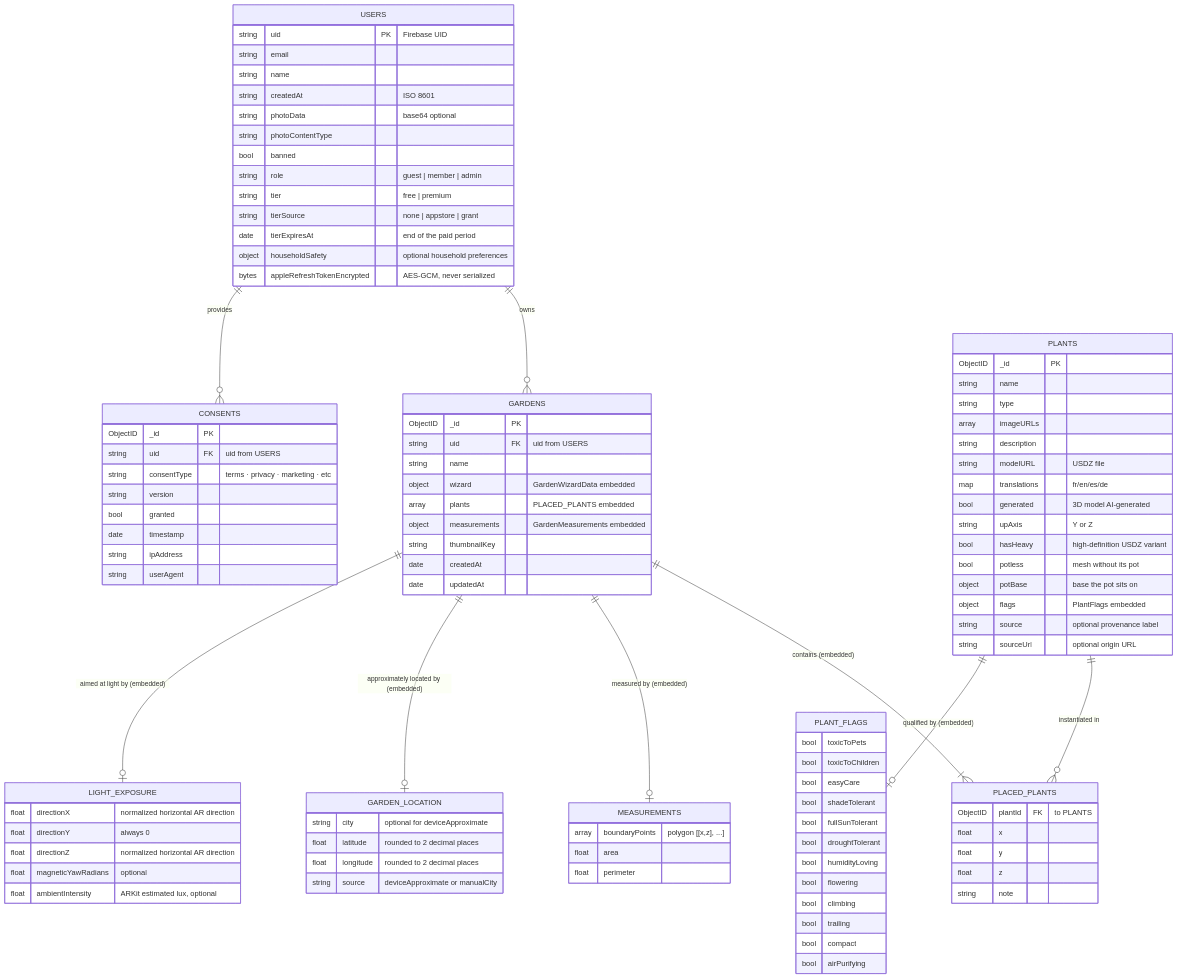
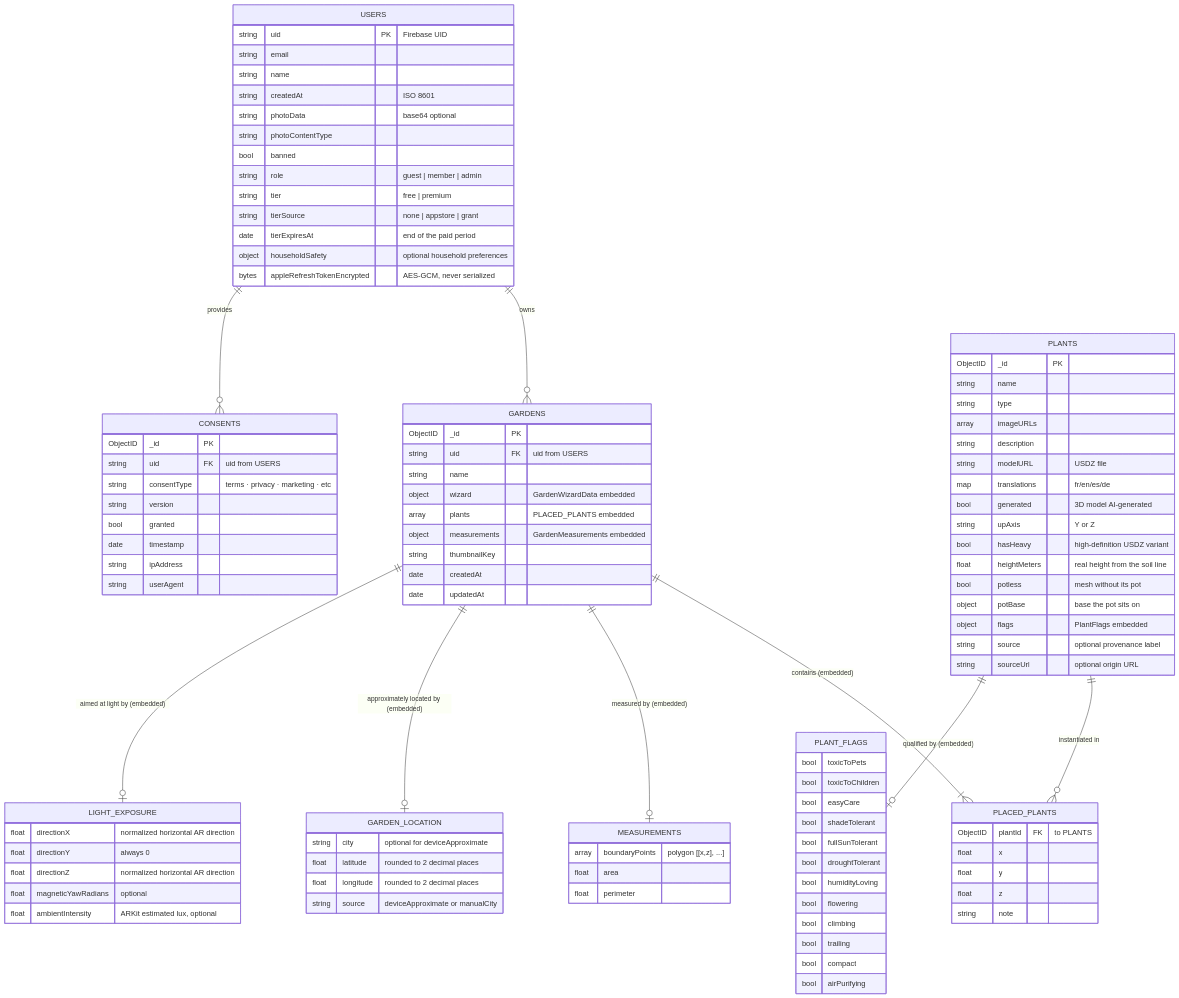
The diagram in docs/en/architecture/04-data-model.md (ArboreTeam/Arbore), drawn with Mermaid before and after one commit. The commit also changed other lines of this file and 6 other files, not shown here.

```diff
--- a/docs/en/architecture/04-data-model.md
+++ b/docs/en/architecture/04-data-model.md
@@ -46,6 +46,7 @@
         bool   generated "3D model AI-generated"
         string upAxis "Y or Z"
         bool   hasHeavy "high-definition USDZ variant"
+        float  heightMeters "real height from the soil line"
         bool   potless "mesh without its pot"
         object potBase "base the pot sits on"
         object flags "PlantFlags embedded"
```
